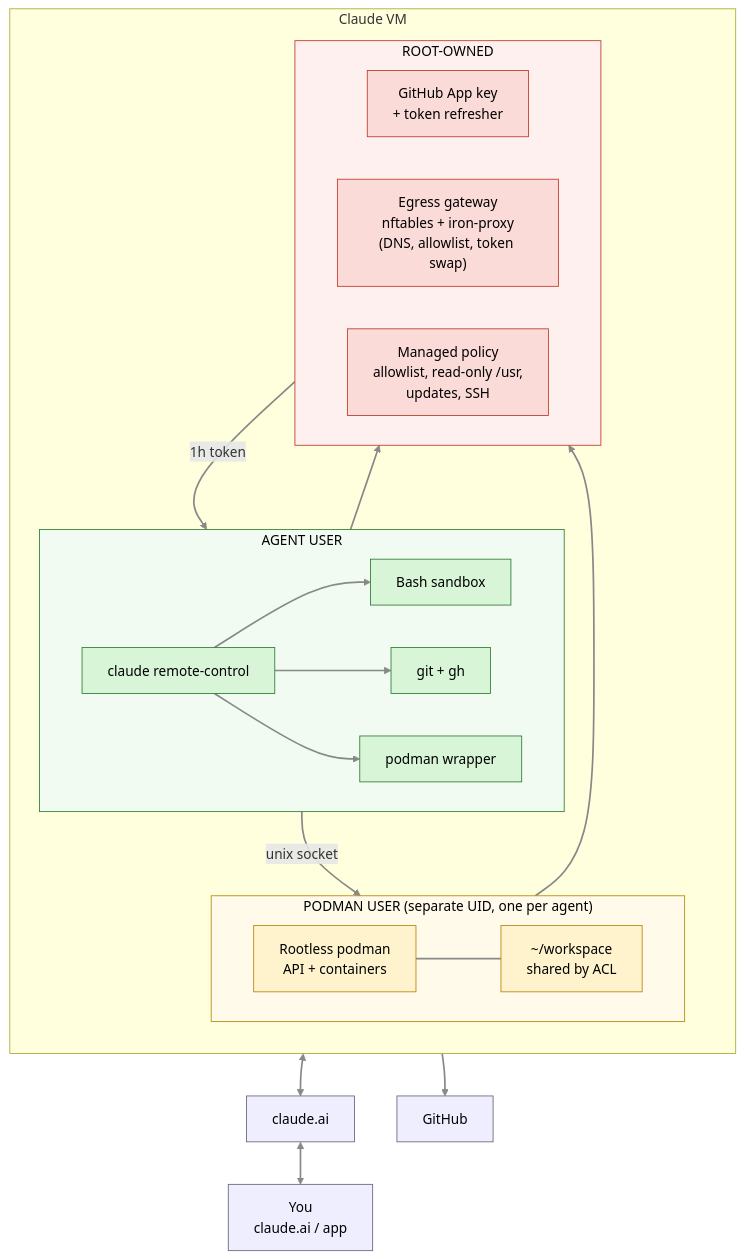
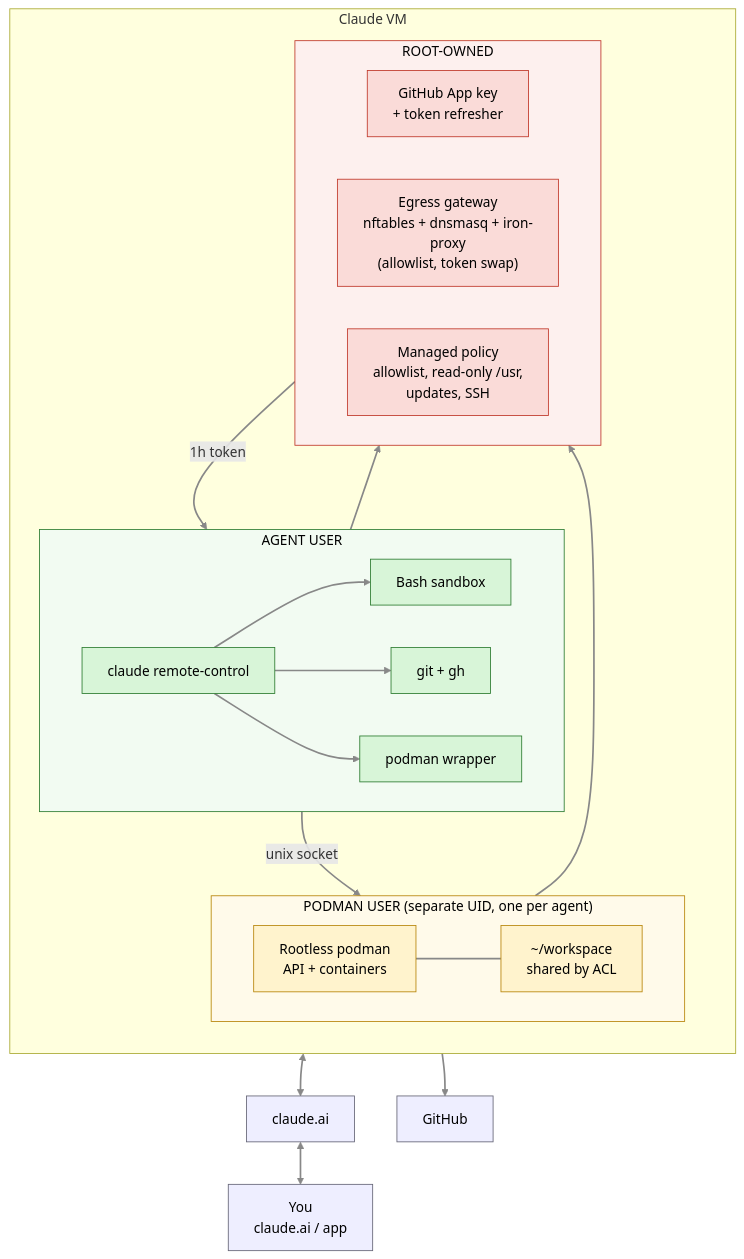
Before and after one commit to cthtrifork/homeserver-bootc: the first of 4 diagrams in docs/claude-vm/README.md, drawn with Mermaid. The commit also changed other lines of this file, not shown here.

Commit message:
docs(claude-vm): add a diagram of the egress gateway

````diff
--- a/docs/claude-vm/README.md
+++ b/docs/claude-vm/README.md
@@ -18,57 +18,57 @@
 ```mermaid
 flowchart TB
     YOU["You<br/>claude.ai / app"]
     ANTH["claude.ai"]
     GH["GitHub"]
 
     subgraph VM["Claude VM"]
         direction TB
 
         subgraph AGENT["AGENT USER"]
             direction LR
             RC["claude remote-control"]
             SB["Bash sandbox"]
             GIT["git + gh"]
             WRAP["podman wrapper"]
         end
 
         subgraph CONT["PODMAN USER (separate UID, one per agent)"]
             direction LR
             POD["Rootless podman<br/>API + containers"]
             WS["~/workspace<br/>shared by ACL"]
         end
 
         subgraph ROOT["ROOT-OWNED"]
             direction LR
             TOK["GitHub App key<br/>+ token refresher"]
-            GW["Egress gateway<br/>nftables + iron-proxy<br/>(DNS, allowlist, token swap)"]
+            GW["Egress gateway<br/>nftables + dnsmasq + iron-proxy<br/>(allowlist, token swap)"]
             CFG["Managed policy<br/>allowlist, read-only /usr,<br/>updates, SSH"]
         end
     end
 
     RC --> SB
     RC --> GIT
     RC --> WRAP
     WRAP -->|"unix socket"| POD
     POD --- WS
     TOK -->|"1h token"| GIT
 
     AGENT ==> GW
     CONT ==> GW
     GW <--> ANTH
     GW --> GH
     ANTH <--> YOU
 
     linkStyle default stroke:#888,stroke-width:2px
     classDef agent fill:#d8f5d8,stroke:#2e7d32,color:#000
     classDef cont fill:#fff3cd,stroke:#b8860b,color:#000
     classDef locked fill:#fadbd8,stroke:#c0392b,color:#000
     classDef ext fill:#eef,stroke:#667,color:#000
     class RC,SB,GIT,WRAP agent
     class POD,WS cont
     class TOK,GW,CFG locked
     class YOU,ANTH,GH ext
     style AGENT fill:#f2fbf2,stroke:#2e7d32,color:#000
     style CONT fill:#fffaea,stroke:#b8860b,color:#000
     style ROOT fill:#fdf0ee,stroke:#c0392b,color:#000
 ```
````
